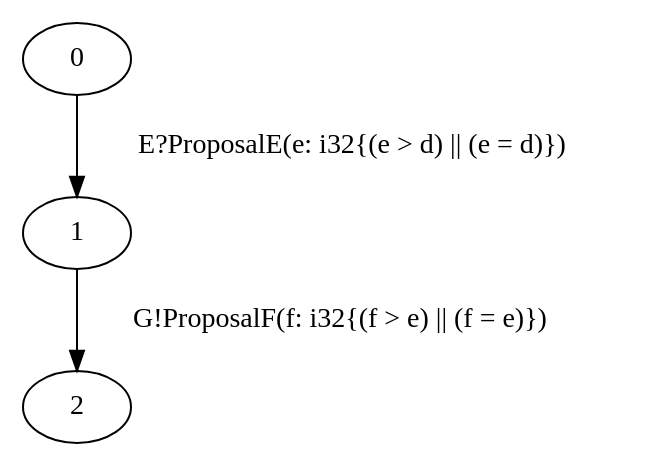
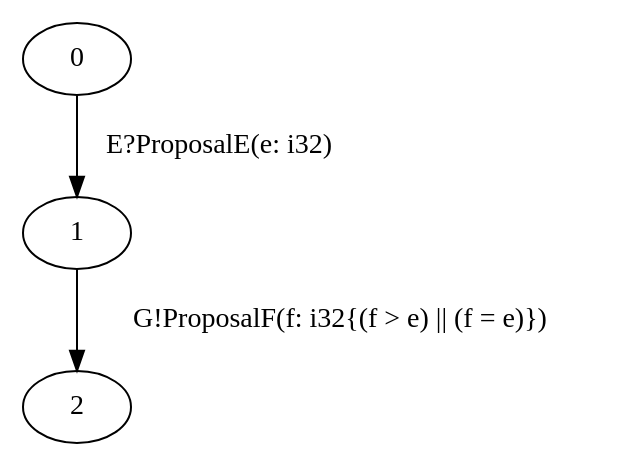
The diagram in examples/Running examples/ring_max/F_expected.dot (qixi5703/rumpsteak), drawn with Graphviz before and after one commit. The commit also changed other lines of this file and 7 other files, not shown here.

```diff
--- a/examples/Running examples/ring_max/F_expected.dot
+++ b/examples/Running examples/ring_max/F_expected.dot
@@ -1,11 +1,11 @@
 digraph F {
   0;
   1;
   2;
   
   
-  0 -> 1 [label="E?ProposalE(e: i32{(e > d) || (e = d)})",
+  0 -> 1 [label="E?ProposalE(e: i32)",
           ];
   1 -> 2 [label="G!ProposalF(f: i32{(f > e) || (f = e)})", ];
   
   }
```
